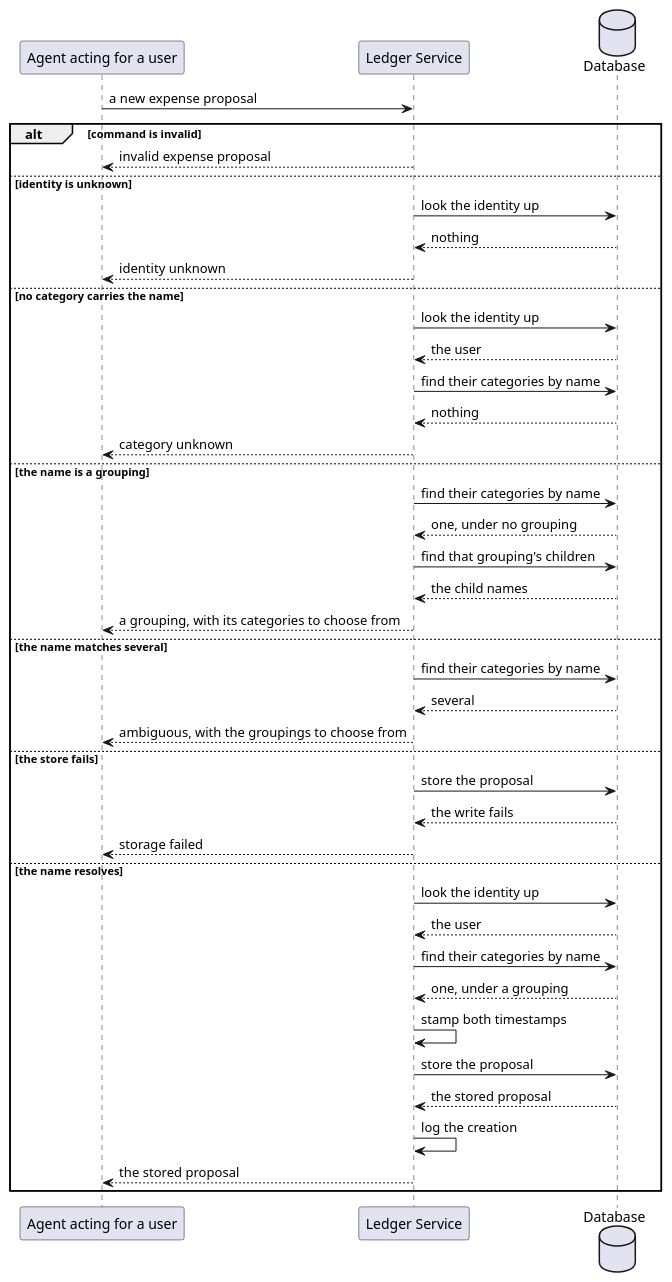
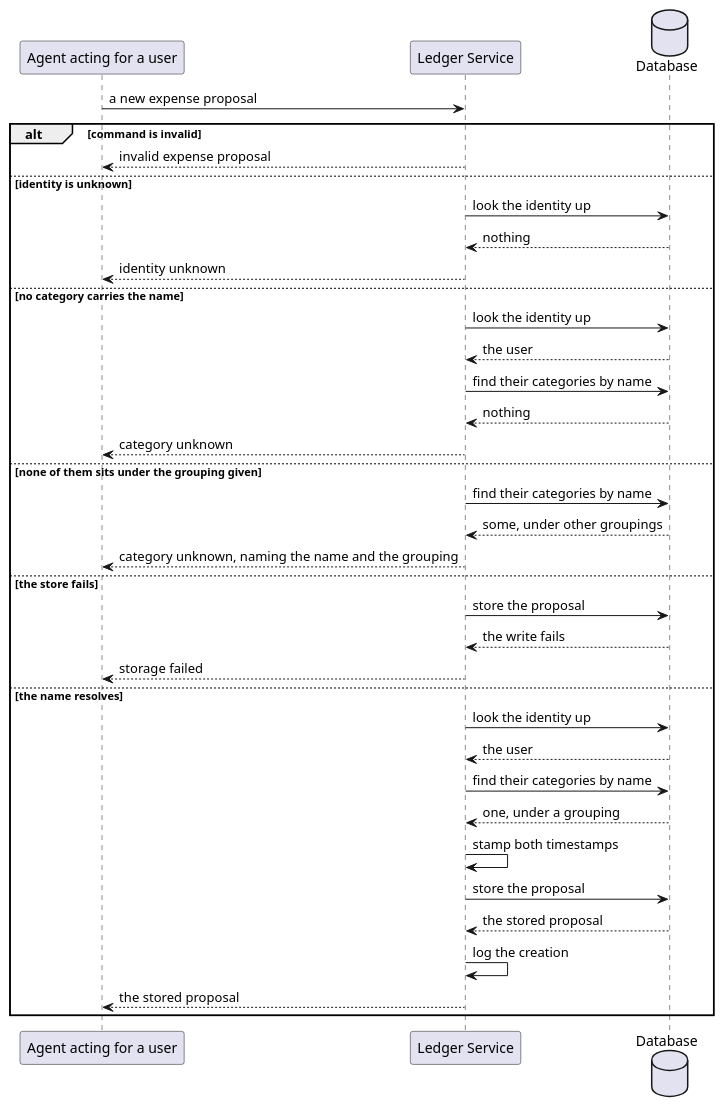
The second of 2 diagrams in ledger-service/docs/usecases/create-an-expense-proposal.md (ds-usova/finance-bot), drawn with PlantUML before and after one commit. The commit also changed other lines of this file and 83 other files, not shown here.

````diff
--- a/ledger-service/docs/usecases/create-an-expense-proposal.md
+++ b/ledger-service/docs/usecases/create-an-expense-proposal.md
@@ -111,47 +110,41 @@
 ```plantuml
 @startuml CreateExpenseProposal-Sequence
 participant "Agent acting for a user" as Agent
 participant "Ledger Service" as LS
 database "Database" as DB
 
 Agent -> LS : a new expense proposal
 
 alt command is invalid
   LS --> Agent : invalid expense proposal
 else identity is unknown
   LS -> DB : look the identity up
   DB --> LS : nothing
   LS --> Agent : identity unknown
 else no category carries the name
   LS -> DB : look the identity up
   DB --> LS : the user
   LS -> DB : find their categories by name
   DB --> LS : nothing
   LS --> Agent : category unknown
-else the name is a grouping
+else none of them sits under the grouping given
   LS -> DB : find their categories by name
-  DB --> LS : one, under no grouping
-  LS -> DB : find that grouping's children
-  DB --> LS : the child names
-  LS --> Agent : a grouping, with its categories to choose from
-else the name matches several
-  LS -> DB : find their categories by name
-  DB --> LS : several
-  LS --> Agent : ambiguous, with the groupings to choose from
+  DB --> LS : some, under other groupings
+  LS --> Agent : category unknown, naming the name and the grouping
 else the store fails
   LS -> DB : store the proposal
   DB --> LS : the write fails
   LS --> Agent : storage failed
 else the name resolves
   LS -> DB : look the identity up
   DB --> LS : the user
   LS -> DB : find their categories by name
   DB --> LS : one, under a grouping
   LS -> LS : stamp both timestamps
   LS -> DB : store the proposal
   DB --> LS : the stored proposal
   LS -> LS : log the creation
   LS --> Agent : the stored proposal
 end
 @enduml
 ```
````
